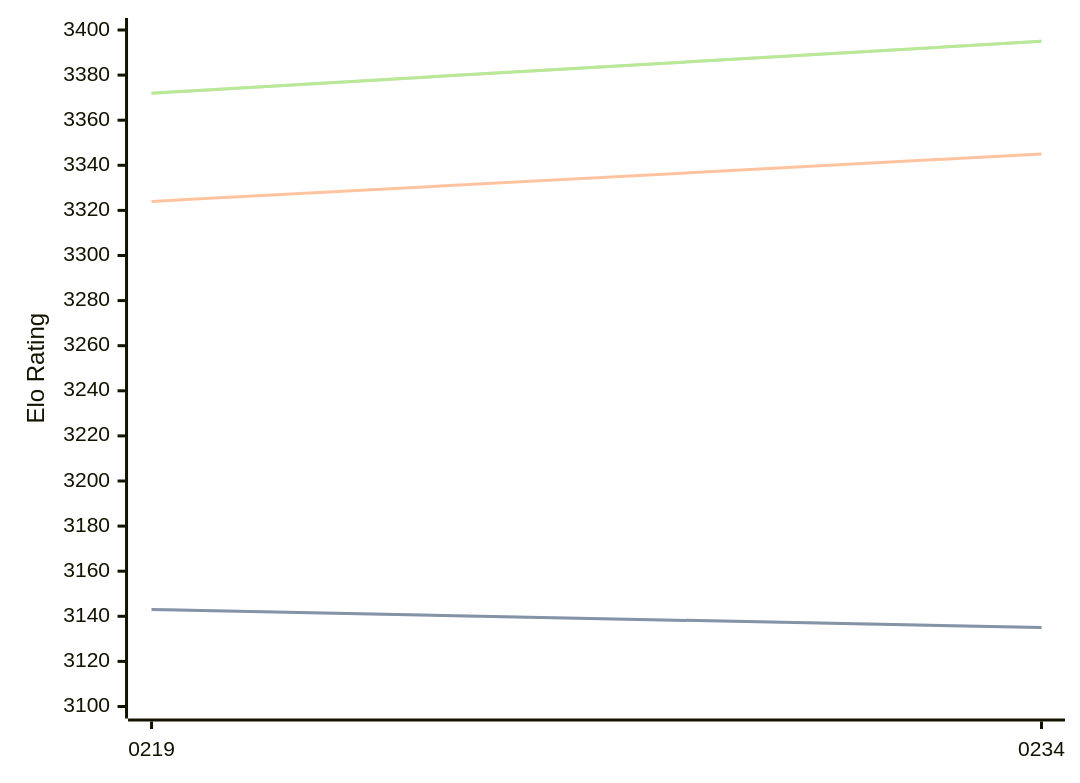
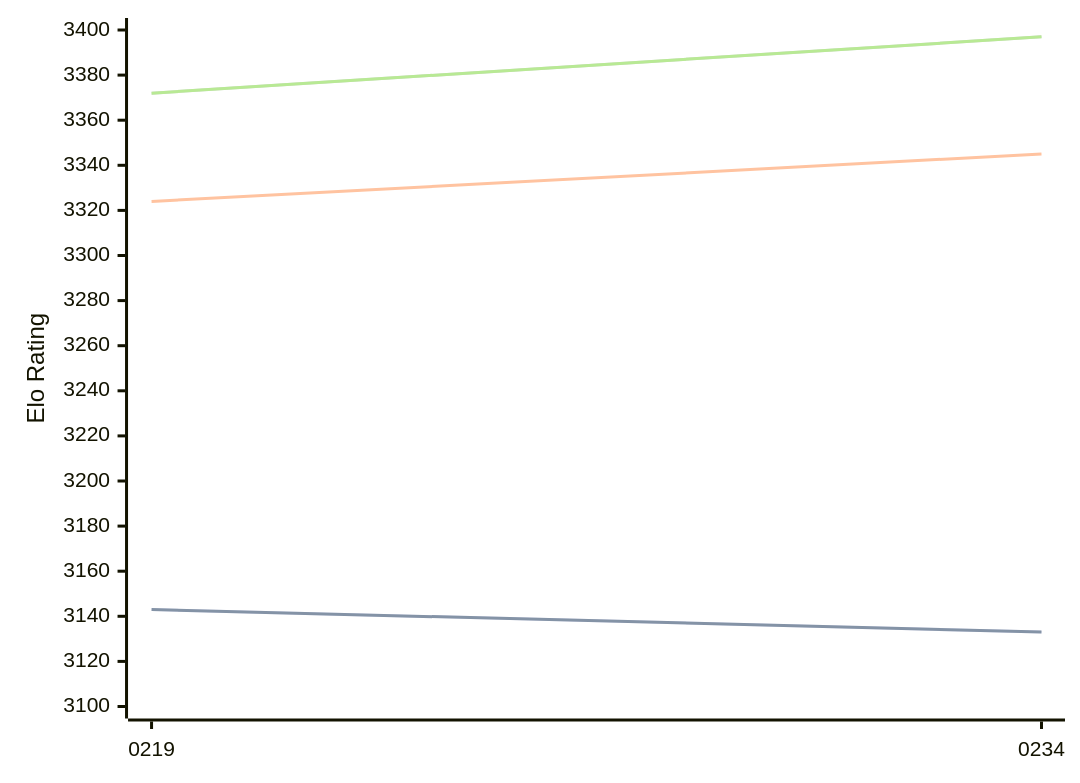
Before and after one commit to computer-chess-index/cci: the diagram in engines/Ynode.md, drawn with Mermaid. The commit also changed other lines of this file, not shown here.

Commit message:
Update CCI Ratings (ELO VLTC) - 2026-09-06

````diff
--- a/engines/Ynode.md
+++ b/engines/Ynode.md
@@ -32,11 +32,11 @@
 ```mermaid
 %%{init: {"theme":"base","themeVariables":{"seriesColors:['#a3a3a3','#222221','#faa371']}}}%%
 xychart-beta
   x-axis ["0219", "0234"]
   y-axis "Elo Rating" 3100 --> 3400
-  line "" [3143, 3135]
-  line "STC (8.0+0.08s)" [3143, 3135]
+  line "" [3143, 3133]
+  line "STC (8.0+0.08s)" [3143, 3133]
   line "LTC (60.0+0.60s)" [3324, 3345]
-  line "" [3372, 3395]
-  line "VLTC (2m24s+1.12s)" [3372, 3395]
+  line "" [3372, 3397]
+  line "VLTC (2m24s+1.12s)" [3372, 3397]
 ```
````
